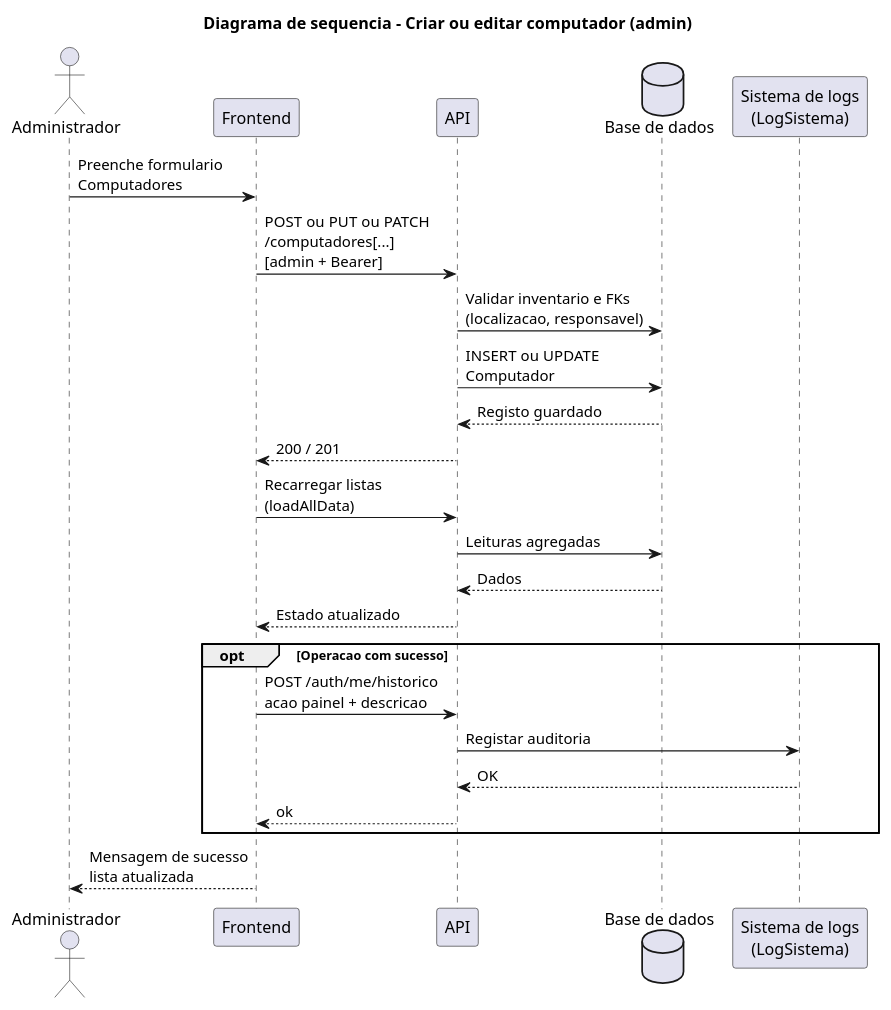
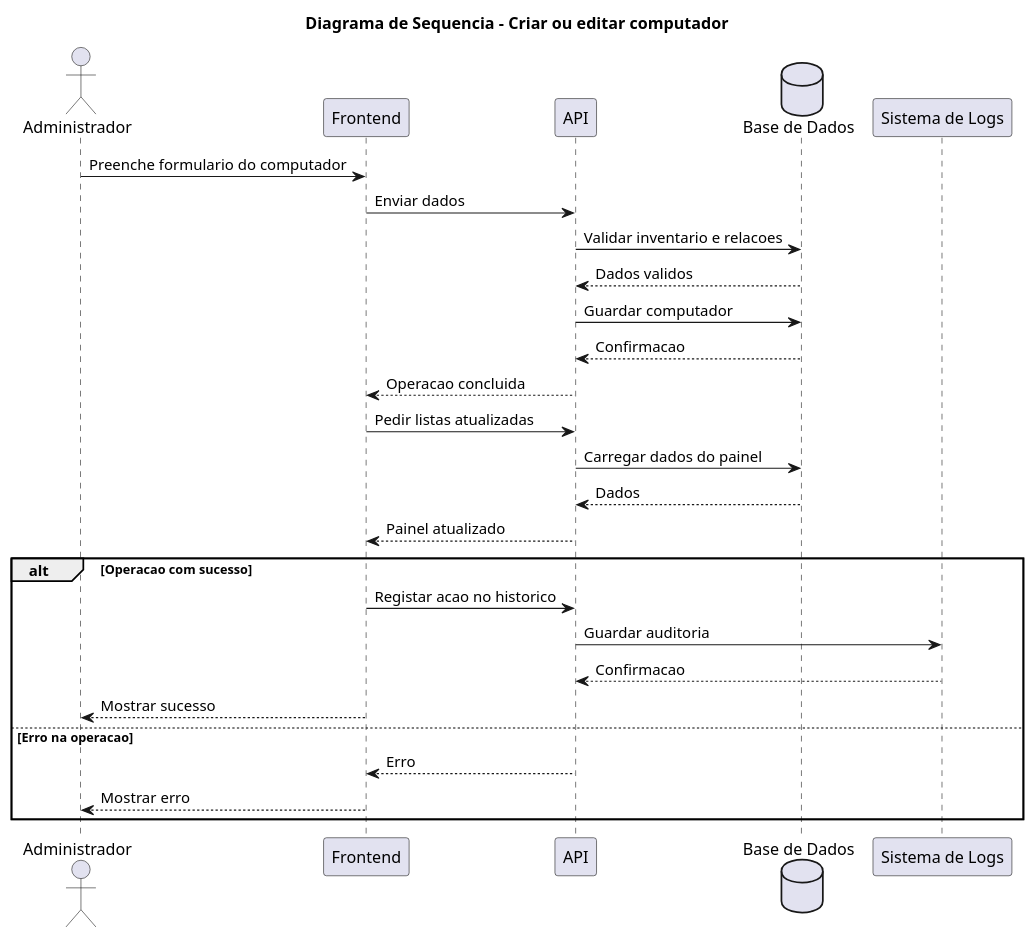
The diagram in docs/diagramas/sequenciais/05-crud-computador.puml (rafapinto888-web/Projeto-de-estagio), drawn with PlantUML before and after one commit. The commit also changed 15 other files, not shown here.

```diff
--- a/docs/diagramas/sequenciais/05-crud-computador.puml
+++ b/docs/diagramas/sequenciais/05-crud-computador.puml
@@ -1,35 +1,37 @@
-@startuml sequencia_crud_computador
-skinparam shadowing false
-skinparam backgroundColor white
-title Diagrama de sequencia - Criar ou editar computador (admin)
+@startuml
+title Diagrama de Sequencia - Criar ou editar computador
 
-actor "Administrador" as U
+actor Administrador as U
 participant Frontend as FE
 participant API as API
-database "Base de dados" as BD
-participant "Sistema de logs\n(LogSistema)" as LOG
+database "Base de Dados" as BD
+participant "Sistema de Logs" as LOG
 
-U -> FE : Preenche formulario\nComputadores
-FE -> API : POST ou PUT ou PATCH\n/computadores[...]\n[admin + Bearer]
+U -> FE : Preenche formulario do computador
 
-API -> BD : Validar inventario e FKs\n(localizacao, responsavel)
-API -> BD : INSERT ou UPDATE\nComputador
-BD --> API : Registo guardado
+FE -> API : Enviar dados
 
-API --> FE : 200 / 201
+API -> BD : Validar inventario e relacoes
+BD --> API : Dados validos
 
-FE -> API : Recarregar listas\n(loadAllData)
-API -> BD : Leituras agregadas
+API -> BD : Guardar computador
+BD --> API : Confirmacao
+
+API --> FE : Operacao concluida
+
+FE -> API : Pedir listas atualizadas
+API -> BD : Carregar dados do painel
 BD --> API : Dados
-API --> FE : Estado atualizado
+API --> FE : Painel atualizado
 
-opt Operacao com sucesso
-  FE -> API : POST /auth/me/historico\nacao painel + descricao
-  API -> LOG : Registar auditoria
-  LOG --> API : OK
-  API --> FE : ok
+alt Operacao com sucesso
+  FE -> API : Registar acao no historico
+  API -> LOG : Guardar auditoria
+  LOG --> API : Confirmacao
+  FE --> U : Mostrar sucesso
+else Erro na operacao
+  API --> FE : Erro
+  FE --> U : Mostrar erro
 end
 
-FE --> U : Mensagem de sucesso\nlista atualizada
-
 @enduml
```
